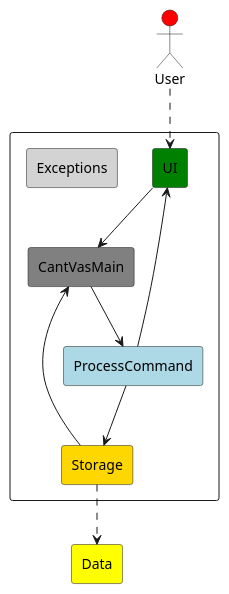
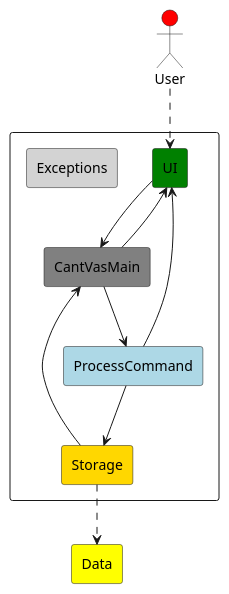
One commit to nyh3/tp changed the diagram in docs/diagrams/Architecture.puml. Above: the diagram before and after it, drawn with PlantUML. The commit also changed 6 other files, not shown here.

Commit message:
Standardize diagrams

```diff
--- a/docs/diagrams/Architecture.puml
+++ b/docs/diagrams/Architecture.puml
@@ -1,25 +1,26 @@
 @startuml
 'https://plantuml.com/component-diagram
 
 skinparam componentStyle rectangle
 actor User #Red
 
 component {
     [UI] #Green
     [CantVasMain] #Grey
     [Storage] #Gold
     [ProcessCommand] #LightBlue
     [Exceptions] #LightGrey
 }
 [Data] #Yellow
 
 User ..> [UI]
 [UI] --> [CantVasMain]
+[CantVasMain] --> [UI]
 [CantVasMain] --> [ProcessCommand]
 [Storage] --> [CantVasMain]
 [ProcessCommand] --> [Storage]
 [ProcessCommand] --> [UI]
 [Storage] ..> [Data]
 
 
 @enduml
```
